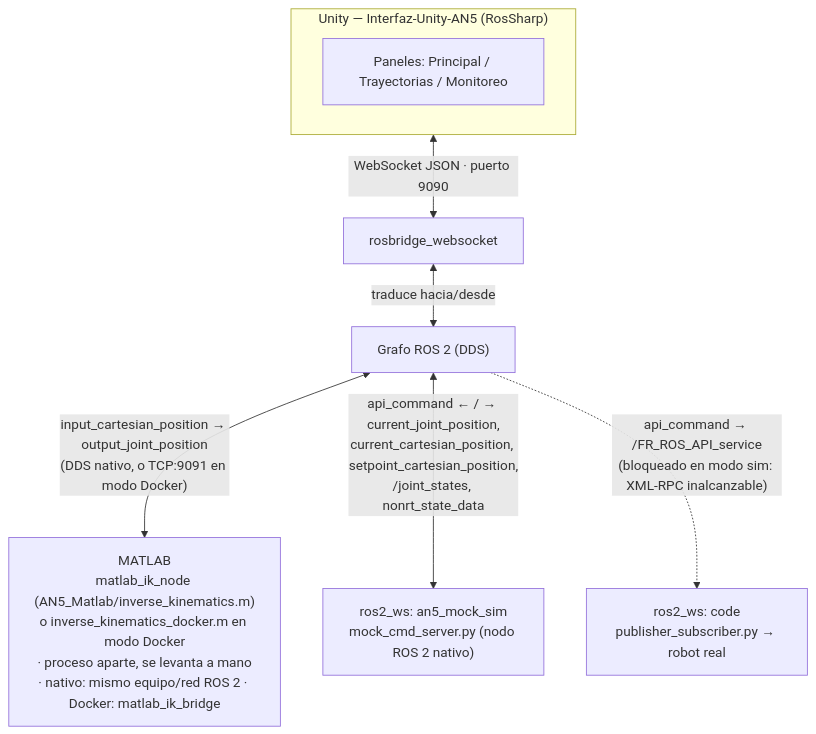
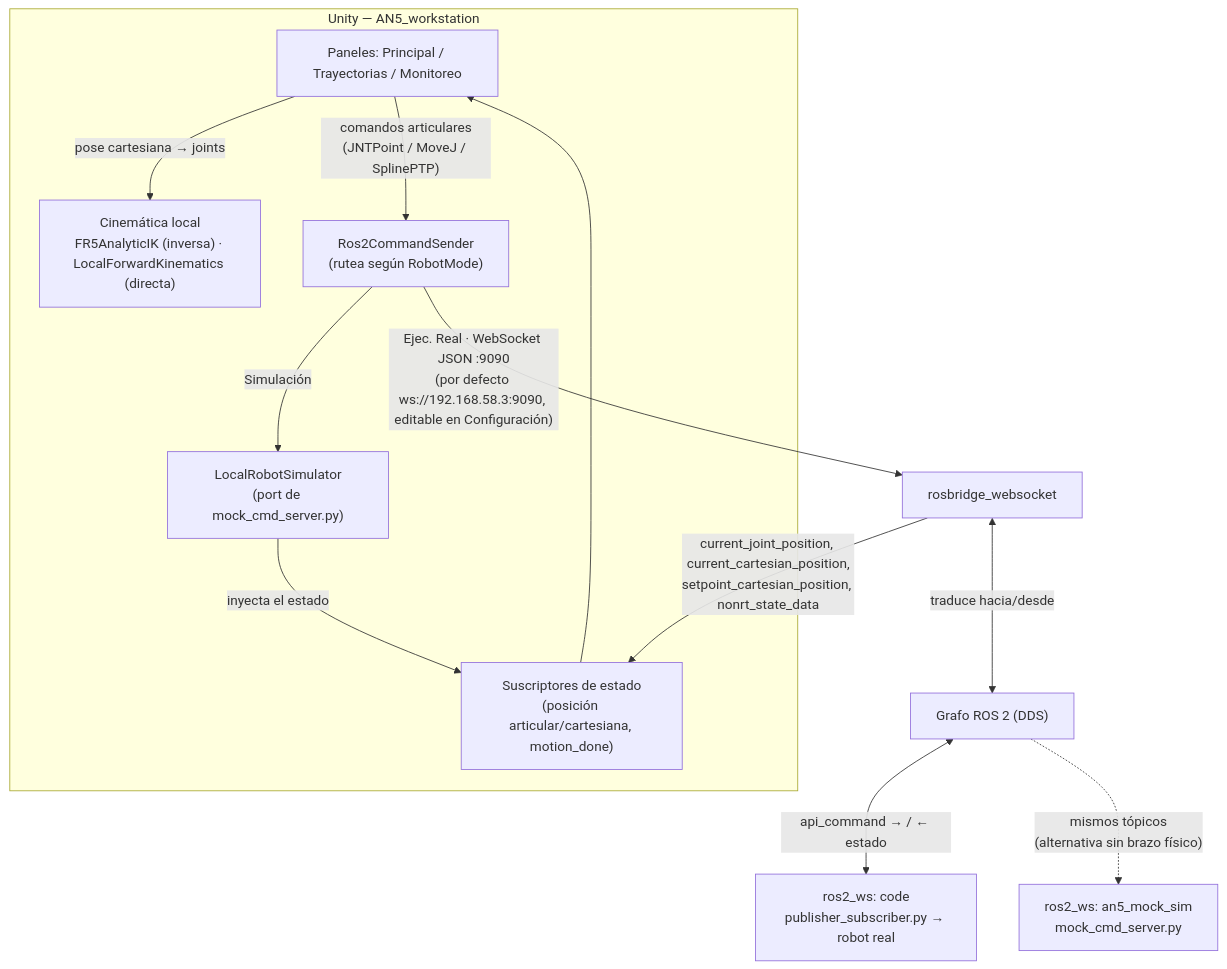
Before and after one commit to maamunoz/AN5_workstation: the diagram in README.md, drawn with Mermaid. The commit also changed other lines of this file, not shown here.

First line of the commit message:
Update the README for v2.1: local IK and the new architecture

````diff
--- a/README.md
+++ b/README.md
@@ -87,13 +98,21 @@
 ```mermaid
 flowchart TB
-    subgraph Unity["Unity — Interfaz-Unity-AN5 (RosSharp)"]
+    subgraph Unity["Unity — AN5_workstation"]
         UI["Paneles: Principal / Trayectorias / Monitoreo"]
+        IK["Cinemática local\nFR5AnalyticIK (inversa) · LocalForwardKinematics (directa)"]
+        Sender["Ros2CommandSender\n(rutea según RobotMode)"]
+        Subs["Suscriptores de estado\n(posición articular/cartesiana, motion_done)"]
+        Sim["LocalRobotSimulator\n(port de mock_cmd_server.py)"]
+        UI -->|"pose cartesiana → joints"| IK
+        UI -->|"comandos articulares\n(JNTPoint / MoveJ / SplinePTP)"| Sender
+        Sender -->|Simulación| Sim
+        Sim -->|inyecta el estado| Subs
+        Subs --> UI
     end
 
-    Unity <-->|"WebSocket JSON · puerto 9090"| Bridge["rosbridge_websocket"]
+    Sender -->|"Ejec. Real · WebSocket JSON :9090\n(por defecto ws://192.168.58.3:9090, editable en Configuración)"| Bridge["rosbridge_websocket"]
+    Bridge -->|"current_joint_position, current_cartesian_position,\nsetpoint_cartesian_position, nonrt_state_data"| Subs
     Bridge <-->|traduce hacia/desde| Graph["Grafo ROS 2 (DDS)"]
-
-    Graph <-->|"input_cartesian_position → output_joint_position\n(DDS nativo, o TCP:9091 en modo Docker)"| Matlab["MATLAB\nmatlab_ik_node (AN5_Matlab/inverse_kinematics.m)\no inverse_kinematics_docker.m en modo Docker\n· proceso aparte, se levanta a mano\n· nativo: mismo equipo/red ROS 2 · Docker: matlab_ik_bridge"]
-    Graph <-->|"api_command ← / → current_joint_position,\ncurrent_cartesian_position, setpoint_cartesian_position,\n/joint_states, nonrt_state_data"| Mock["ros2_ws: an5_mock_sim\nmock_cmd_server.py (nodo ROS 2 nativo)"]
-    Graph -.->|"api_command → /FR_ROS_API_service\n(bloqueado en modo sim: XML-RPC inalcanzable)"| Real["ros2_ws: code\npublisher_subscriber.py → robot real"]
+    Graph <-->|"api_command → / ← estado"| Real["ros2_ws: code\npublisher_subscriber.py → robot real"]
+    Graph -.->|"mismos tópicos\n(alternativa sin brazo físico)"| Mock["ros2_ws: an5_mock_sim\nmock_cmd_server.py"]
 ```
````
